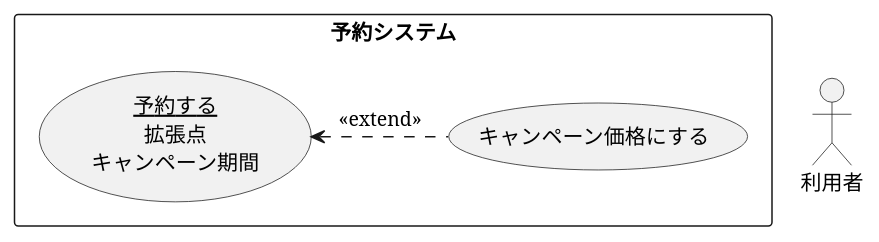
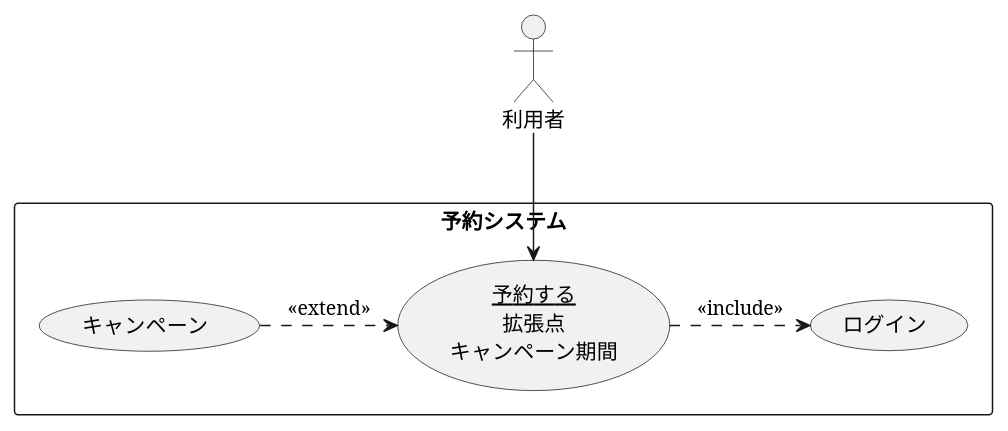
Before and after one commit to Kuya0307/unl-introduction: the diagram in 演習2-4_キャンペーン中のホテル宿泊予約.pu, drawn with PlantUML.

Commit message:
演習2-2,3,4,を提出

```diff
--- a/演習2-4_キャンペーン中のホテル宿泊予約.pu
+++ b/演習2-4_キャンペーン中のホテル宿泊予約.pu
@@ -1,8 +1,11 @@
 @startuml ユースケース図
 actor 利用者
 rectangle 予約システム {
-usecase キャンペーン価格にする
+usecase キャンペーン
+usecase ログイン
 usecase (<u>予約する</u>\n拡張点\nキャンペーン期間) as input
 }
-input <. (キャンペーン価格にする) : <<extend>>
+キャンペーン .> input : << extend >>
+input .> ログイン :<< include >>
+利用者 --> input
 @enduml
```
